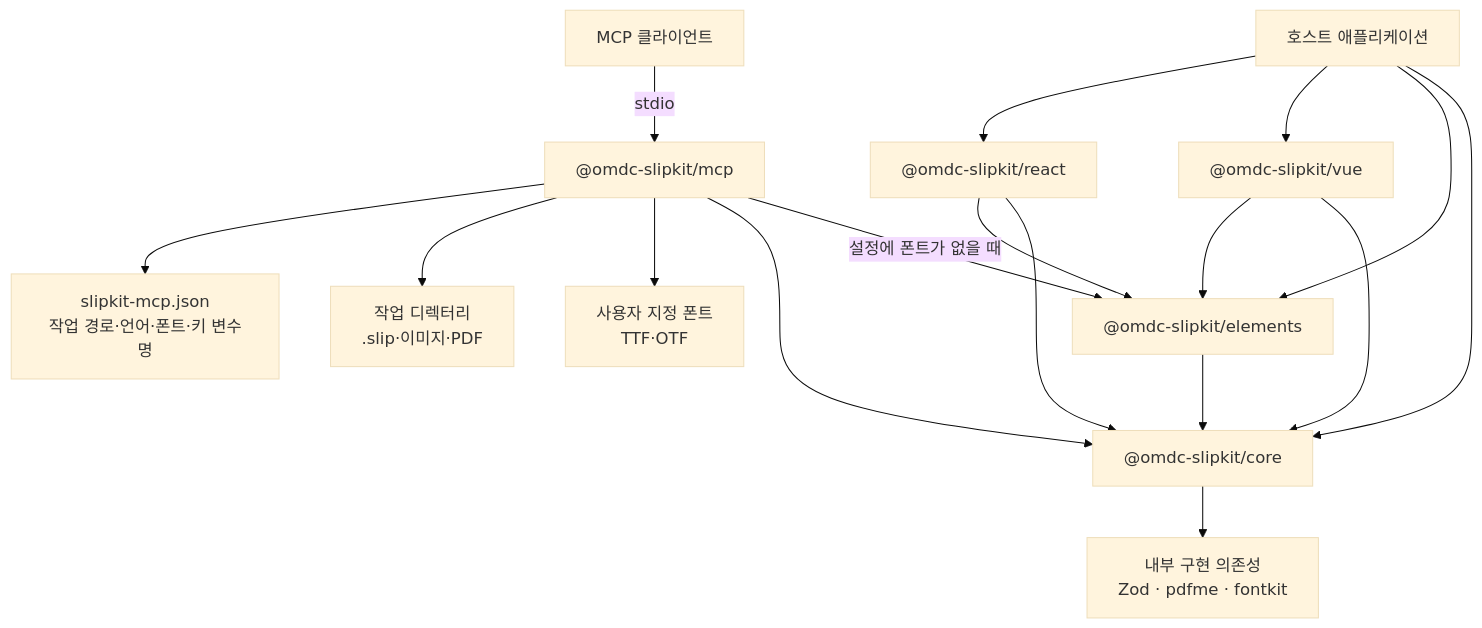
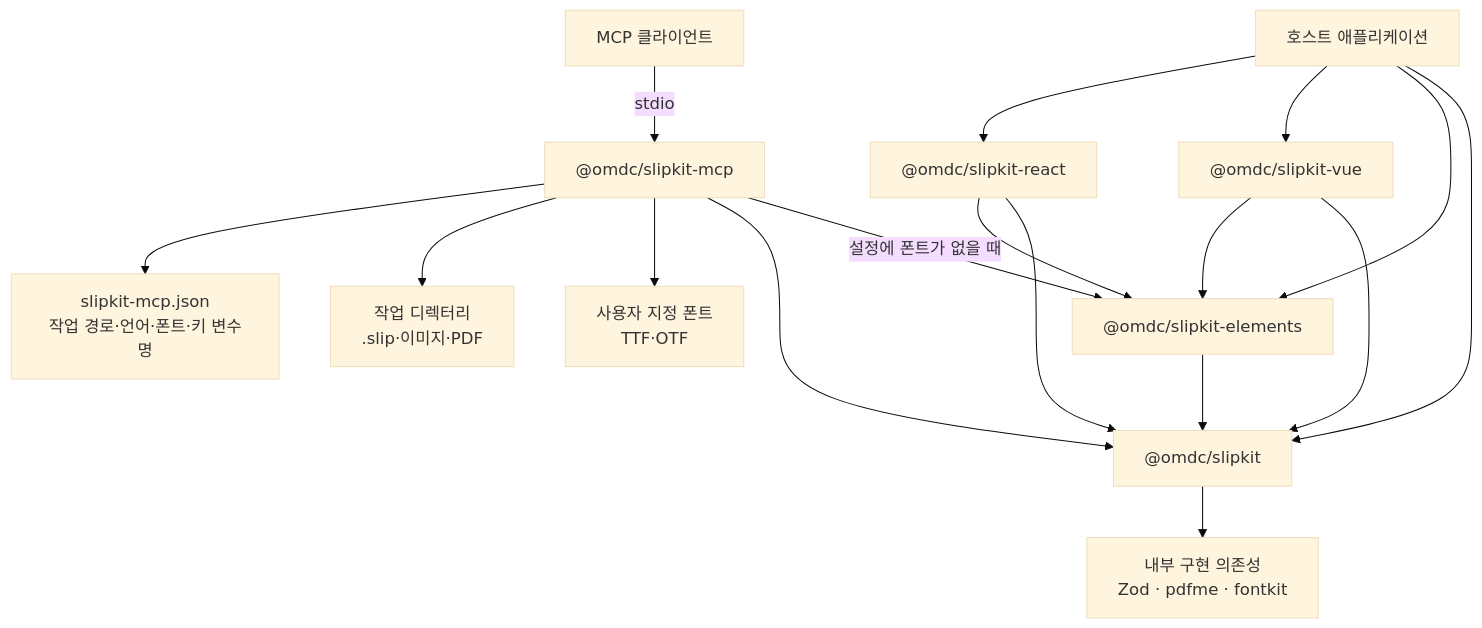
Before and after one commit to open-my-dev-com/drawing-report: the second of 7 diagrams in docs/ARCHITECTURE.md, drawn with Mermaid (base theme). The commit also changed other lines of this file and 222 other files, not shown here.

````diff
--- a/docs/ARCHITECTURE.md
+++ b/docs/ARCHITECTURE.md
@@ -70,34 +70,34 @@
 ```mermaid
 flowchart TB
     App["호스트 애플리케이션"]
 
-    React["@omdc-slipkit/react"]
-    Vue["@omdc-slipkit/vue"]
-    Elements["@omdc-slipkit/elements"]
-    Core["@omdc-slipkit/core"]
-    MCP["@omdc-slipkit/mcp"]
+    React["@omdc/slipkit-react"]
+    Vue["@omdc/slipkit-vue"]
+    Elements["@omdc/slipkit-elements"]
+    Core["@omdc/slipkit"]
+    MCP["@omdc/slipkit-mcp"]
     AI["MCP 클라이언트"]
     Files["작업 디렉터리<br/>.slip·이미지·PDF"]
     MCPConfig["slipkit-mcp.json<br/>작업 경로·언어·폰트·키 변수명"]
     CustomFonts["사용자 지정 폰트<br/>TTF·OTF"]
 
     Internal["내부 구현 의존성<br/>Zod · pdfme · fontkit"]
 
     App --> React
     App --> Vue
     App --> Elements
     App --> Core
     AI -->|"stdio"| MCP
     MCP --> MCPConfig
     MCP --> Files
     MCP --> CustomFonts
 
     React --> Elements
     React --> Core
     Vue --> Elements
     Vue --> Core
     Elements --> Core
     MCP --> Core
     MCP -->|"설정에 폰트가 없을 때"| Elements
     Core --> Internal
 ```
````
